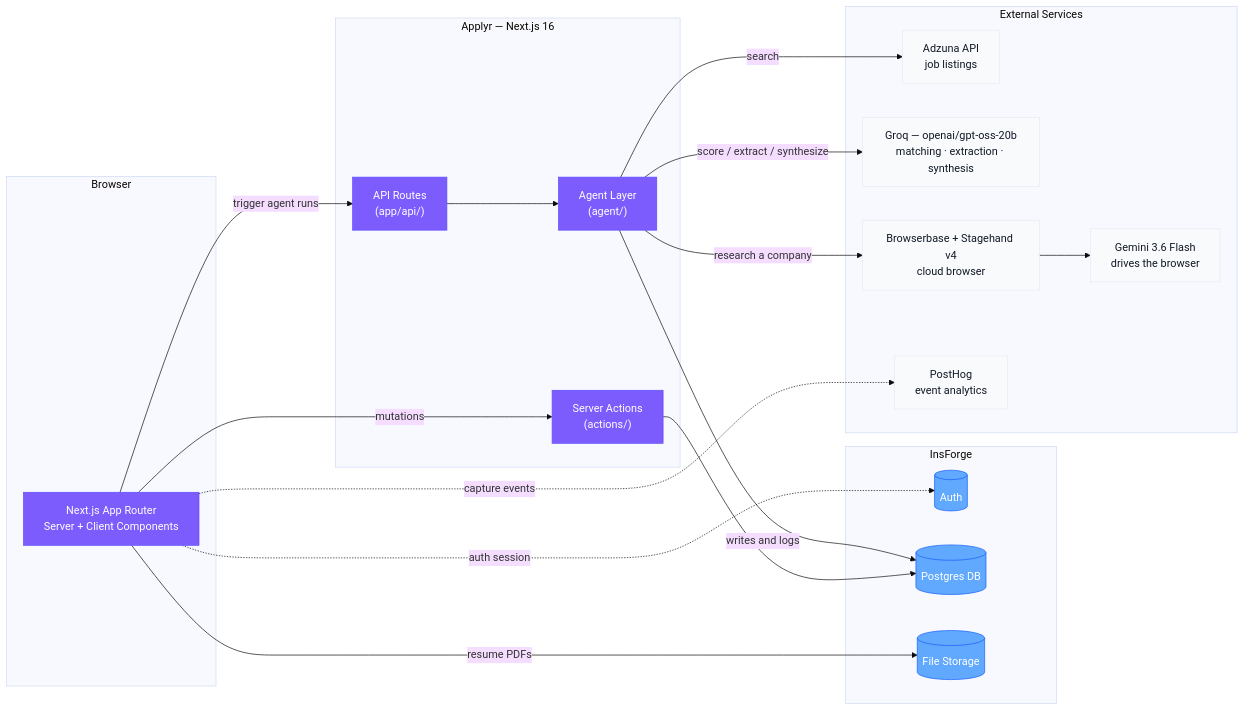
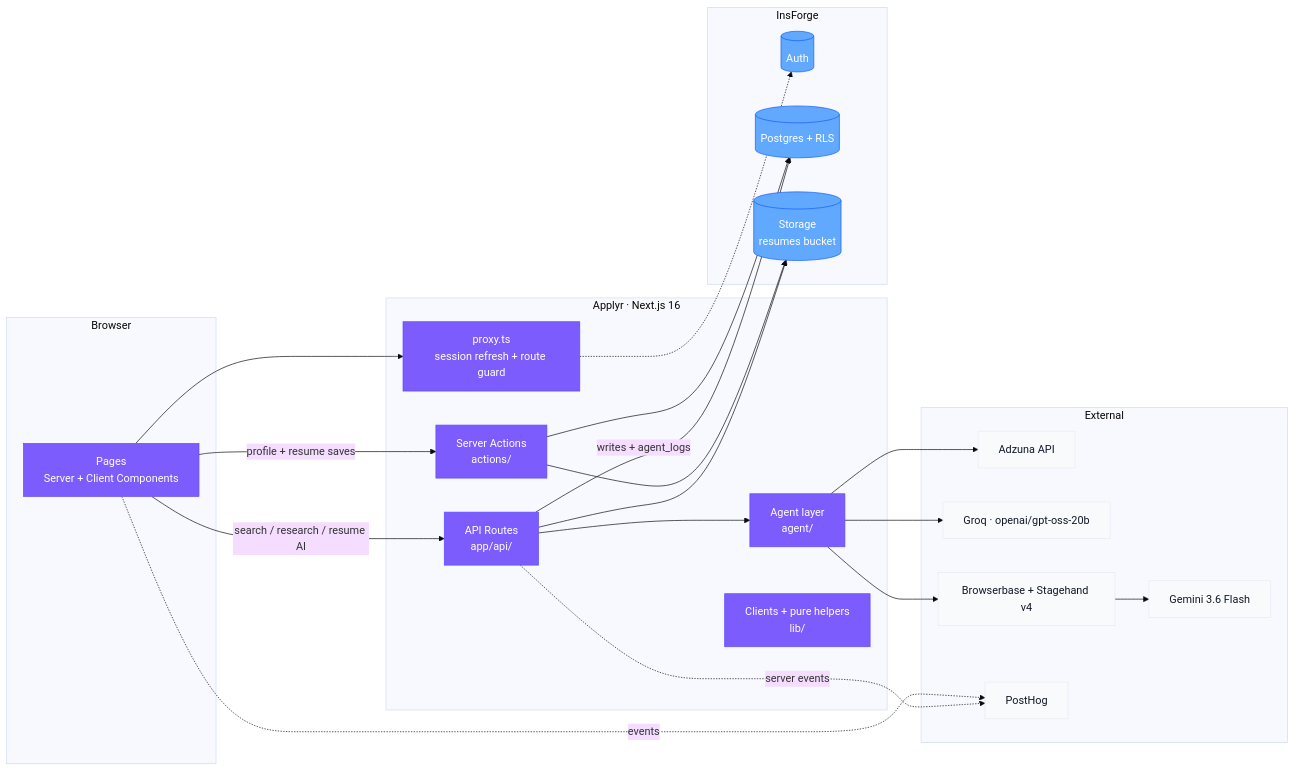
Before and after one commit to PranavSingla101/Applyr-AI: the third of 9 diagrams in README.md, drawn with Mermaid (base theme). The commit also changed other lines of this file and 21 other files, not shown here.

````diff
--- a/README.md
+++ b/README.md
@@ -121,43 +207,49 @@
 ```mermaid
 flowchart LR
-    subgraph Client["Browser"]
-        UI[Next.js App Router<br/>Server + Client Components]
+    subgraph Browser
+        UI["Pages<br/>Server + Client Components"]
     end
 
-    subgraph App["Applyr — Next.js 16"]
-        Actions["Server Actions<br/>(actions/)"]
-        Routes["API Routes<br/>(app/api/)"]
-        Agents["Agent Layer<br/>(agent/)"]
+    subgraph Next["Applyr · Next.js 16"]
+        Proxy["proxy.ts<br/>session refresh + route guard"]
+        Actions["Server Actions<br/>actions/"]
+        Routes["API Routes<br/>app/api/"]
+        Agent["Agent layer<br/>agent/"]
+        Lib["Clients + pure helpers<br/>lib/"]
     end
 
-    subgraph Backend["InsForge"]
+    subgraph InsForge
         Auth[(Auth)]
-        DB[(Postgres DB)]
-        Storage[(File Storage)]
+        DB[(Postgres + RLS)]
+        Storage[(Storage<br/>resumes bucket)]
     end
 
-    subgraph External["External Services"]
-        Adzuna[Adzuna API<br/>job listings]
-        Groq[Groq — openai/gpt-oss-20b<br/>matching · extraction · synthesis]
-        BB[Browserbase + Stagehand v4<br/>cloud browser]
-        Gemini[Gemini 3.6 Flash<br/>drives the browser]
-        PostHog[PostHog<br/>event analytics]
+    subgraph External
+        Adzuna[Adzuna API]
+        Groq["Groq · openai/gpt-oss-20b"]
+        BB["Browserbase + Stagehand v4"]
+        Gemini["Gemini 3.6 Flash"]
+        PH[PostHog]
     end
 
-    UI -->|mutations| Actions --> DB
-    UI -->|trigger agent runs| Routes --> Agents
-    Agents -->|search| Adzuna
-    Agents -->|score / extract / synthesize| Groq
-    Agents -->|research a company| BB --> Gemini
-    Agents -->|writes and logs| DB
-    UI -->|resume PDFs| Storage
-    UI -.->|auth session| Auth
-    UI -.->|capture events| PostHog
+    UI --> Proxy
+    UI -->|profile + resume saves| Actions --> DB
+    Actions --> Storage
+    UI -->|search / research / resume AI| Routes
+    Routes --> Agent
+    Routes -->|writes + agent_logs| DB
+    Routes --> Storage
+    Agent --> Adzuna
+    Agent --> Groq
+    Agent --> BB --> Gemini
+    Proxy -.-> Auth
+    UI -.->|events| PH
+    Routes -.->|server events| PH
 
     classDef app fill:#7c5cfc,stroke:#5e4cff,color:#fff
-    classDef backend fill:#61a8ff,stroke:#155dfc,color:#fff
-    classDef external fill:#f9fafb,stroke:#e7eaf3,color:#101828
-    class UI,Actions,Routes,Agents app
-    class Auth,DB,Storage backend
-    class Adzuna,Groq,BB,Gemini,PostHog external
+    classDef data fill:#61a8ff,stroke:#155dfc,color:#fff
+    classDef ext fill:#f9fafb,stroke:#e7eaf3,color:#101828
+    class UI,Proxy,Actions,Routes,Agent,Lib app
+    class Auth,DB,Storage data
+    class Adzuna,Groq,BB,Gemini,PH ext
 ```
````
